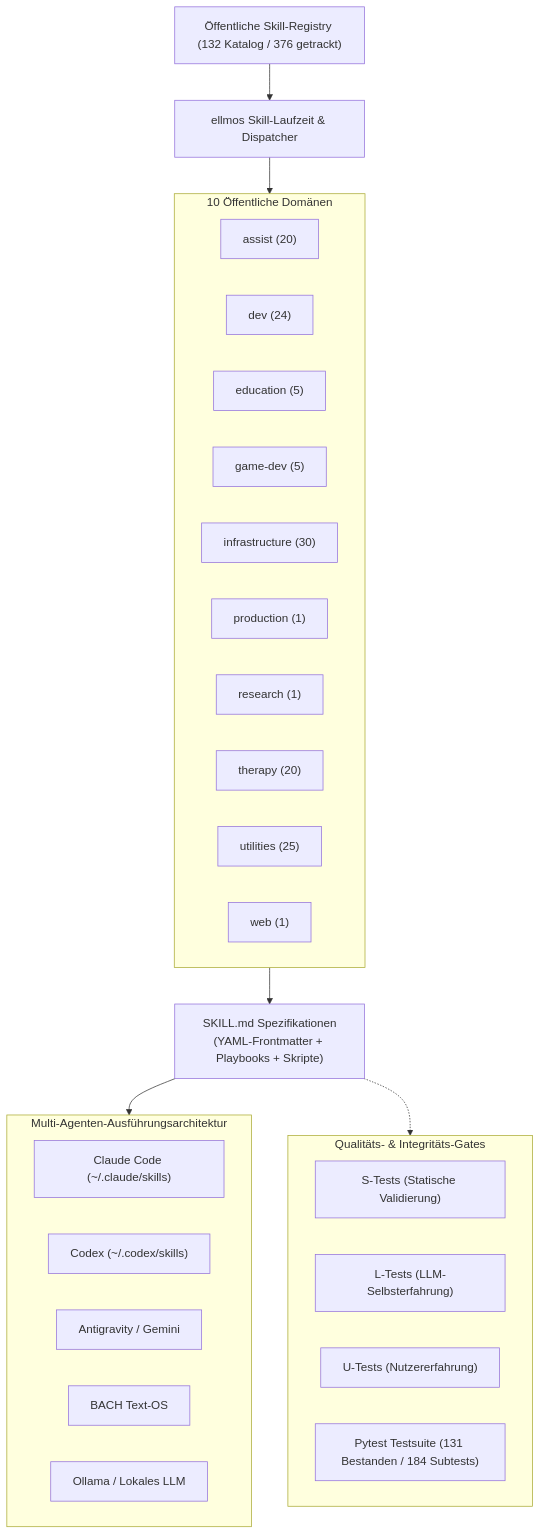
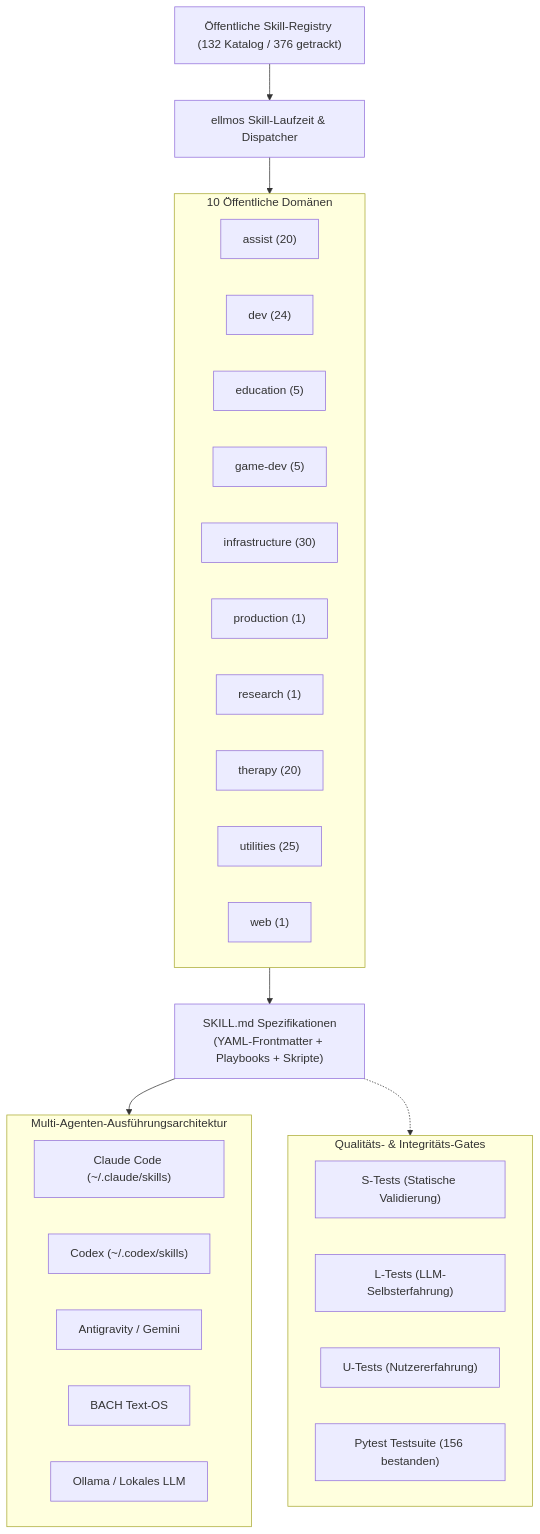
One commit to ellmos-ai/skills changed the first of 2 diagrams in README_de.md. Above: the diagram before and after it, drawn with Mermaid. The commit also changed other lines of this file and 44 other files, not shown here.

````diff
--- a/README_de.md
+++ b/README_de.md
@@ -45,39 +45,39 @@
 ```mermaid
 flowchart TD
     Registry["Öffentliche Skill-Registry (132 Katalog / 376 getrackt)"] --> Engine["ellmos Skill-Laufzeit & Dispatcher"]
     
     subgraph Catalog ["10 Öffentliche Domänen"]
         Assist["assist (20)"]
         Dev["dev (24)"]
         Edu["education (5)"]
         Game["game-dev (5)"]
         Infra["infrastructure (30)"]
         Prod["production (1)"]
         Res["research (1)"]
         Therapy["therapy (20)"]
         Utils["utilities (25)"]
         Web["web (1)"]
     end
     
     Engine --> Catalog
     Catalog --> Artifacts["SKILL.md Spezifikationen\n(YAML-Frontmatter + Playbooks + Skripte)"]
     
     subgraph MultiAgentRuntimes ["Multi-Agenten-Ausführungsarchitektur"]
         ClaudeCode["Claude Code (~/.claude/skills)"]
         Codex["Codex (~/.codex/skills)"]
         AGY["Antigravity / Gemini"]
         BACH["BACH Text-OS"]
         LocalOllama["Ollama / Lokales LLM"]
     end
     
     Artifacts --> MultiAgentRuntimes
     
     subgraph QualityGates ["Qualitäts- & Integritäts-Gates"]
         STests["S-Tests (Statische Validierung)"]
         LTests["L-Tests (LLM-Selbsterfahrung)"]
         UTests["U-Tests (Nutzererfahrung)"]
-        PytestSuite["Pytest Testsuite (131 Bestanden / 184 Subtests)"]
+        PytestSuite["Pytest Testsuite (156 bestanden)"]
     end
     
     Artifacts -.-> QualityGates
 ```
````
